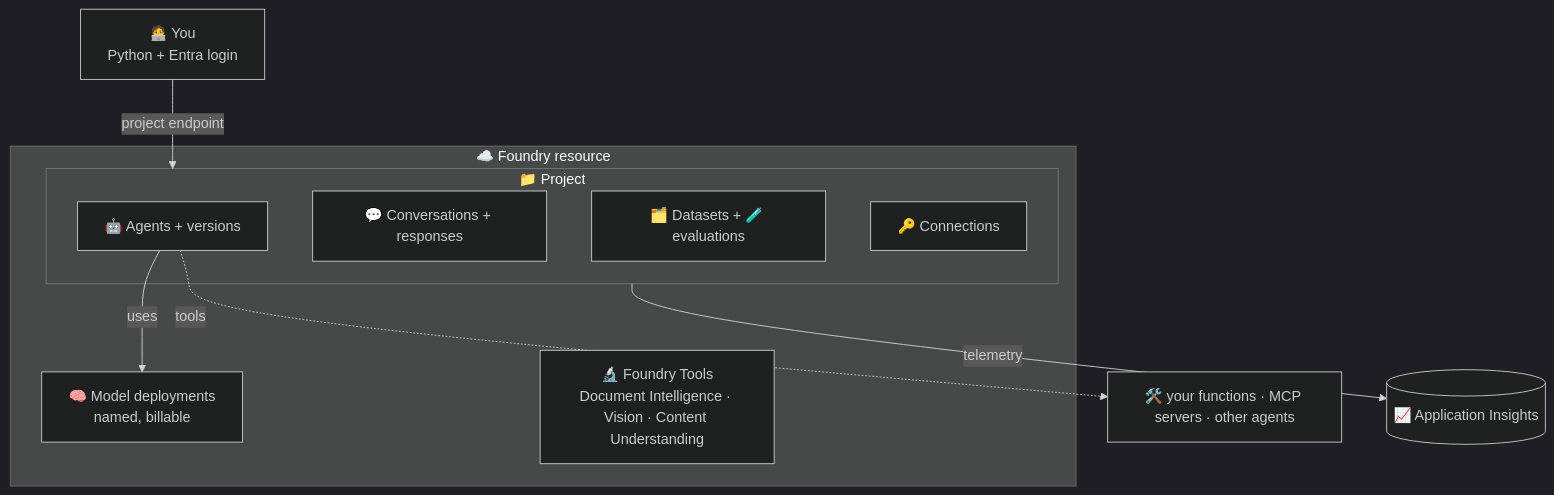
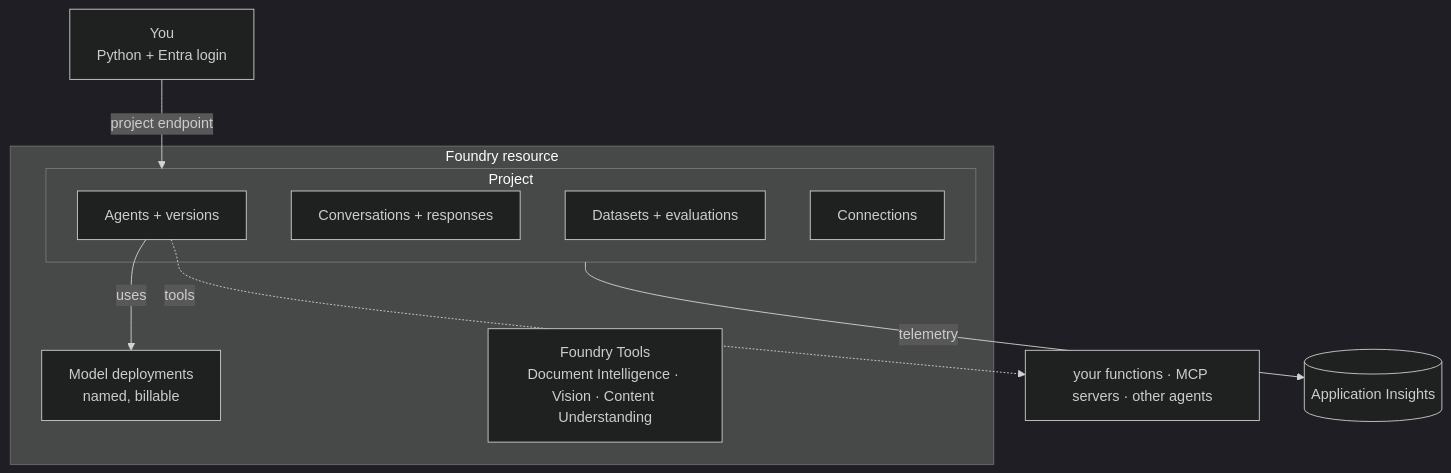
Before and after one commit to nampacx/MS-Foundry-from-0-to-hero: the first of 2 diagrams in docs/concepts.md, drawn with Mermaid (dark theme). The commit also changed other lines of this file and 37 other files, not shown here.

````diff
--- a/docs/concepts.md
+++ b/docs/concepts.md
@@ -18,17 +18,17 @@
 ```mermaid
 flowchart TD
-  YOU[🧑‍💻 You<br/>Python + Entra login] -->|project endpoint| PRJ
-  subgraph RES[☁️ Foundry resource]
-    DEP[🧠 Model deployments<br/>named, billable]
-    TOOLS[🔬 Foundry Tools<br/>Document Intelligence · Vision · Content Understanding]
-    subgraph PRJ[📁 Project]
-      AG[🤖 Agents + versions]
-      CV[💬 Conversations + responses]
-      DS[🗂️ Datasets + 🧪 evaluations]
-      CN[🔑 Connections]
+  YOU[You<br/>Python + Entra login] -->|project endpoint| PRJ
+  subgraph RES[Foundry resource]
+    DEP[Model deployments<br/>named, billable]
+    TOOLS[Foundry Tools<br/>Document Intelligence · Vision · Content Understanding]
+    subgraph PRJ[Project]
+      AG[Agents + versions]
+      CV[Conversations + responses]
+      DS[Datasets + evaluations]
+      CN[Connections]
     end
   end
   AG -->|uses| DEP
-  AG -.->|tools| EXT[🛠️ your functions · MCP servers · other agents]
-  PRJ -->|telemetry| AI[(📈 Application Insights)]
+  AG -.->|tools| EXT[your functions · MCP servers · other agents]
+  PRJ -->|telemetry| AI[(Application Insights)]
 ```
````
